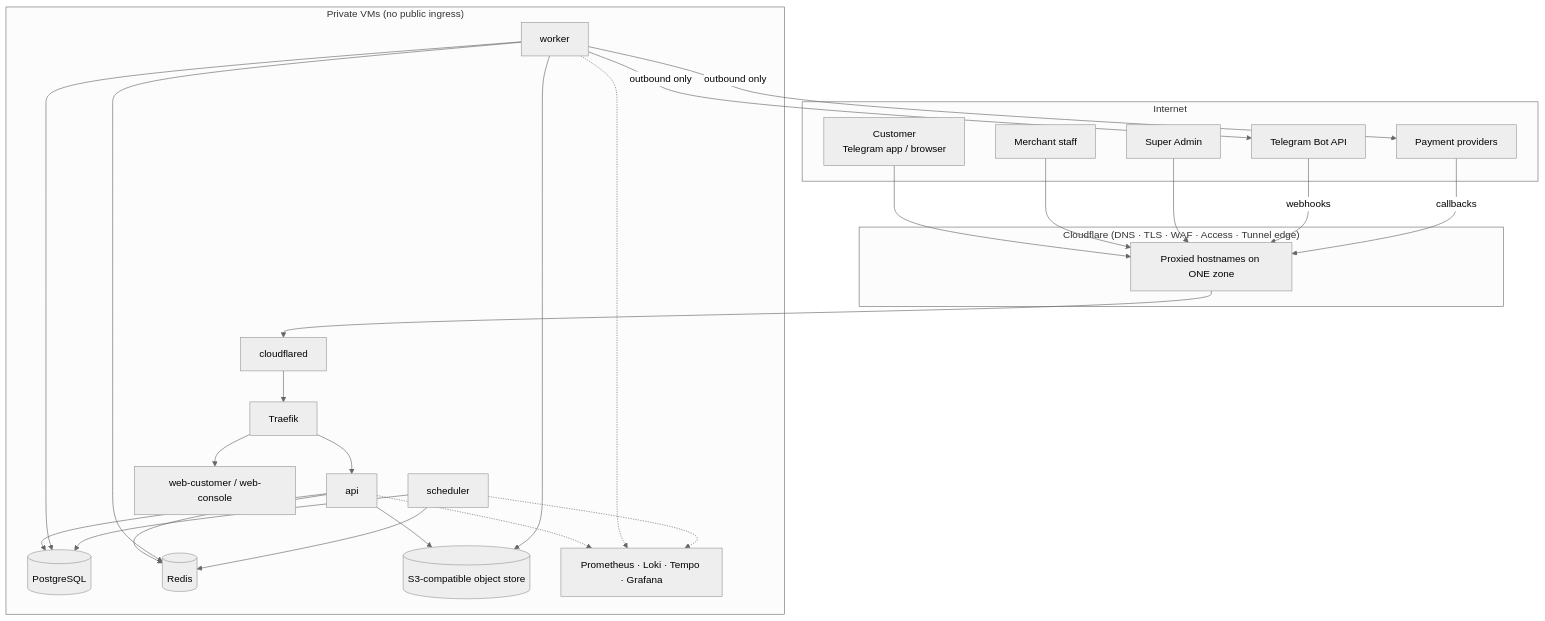
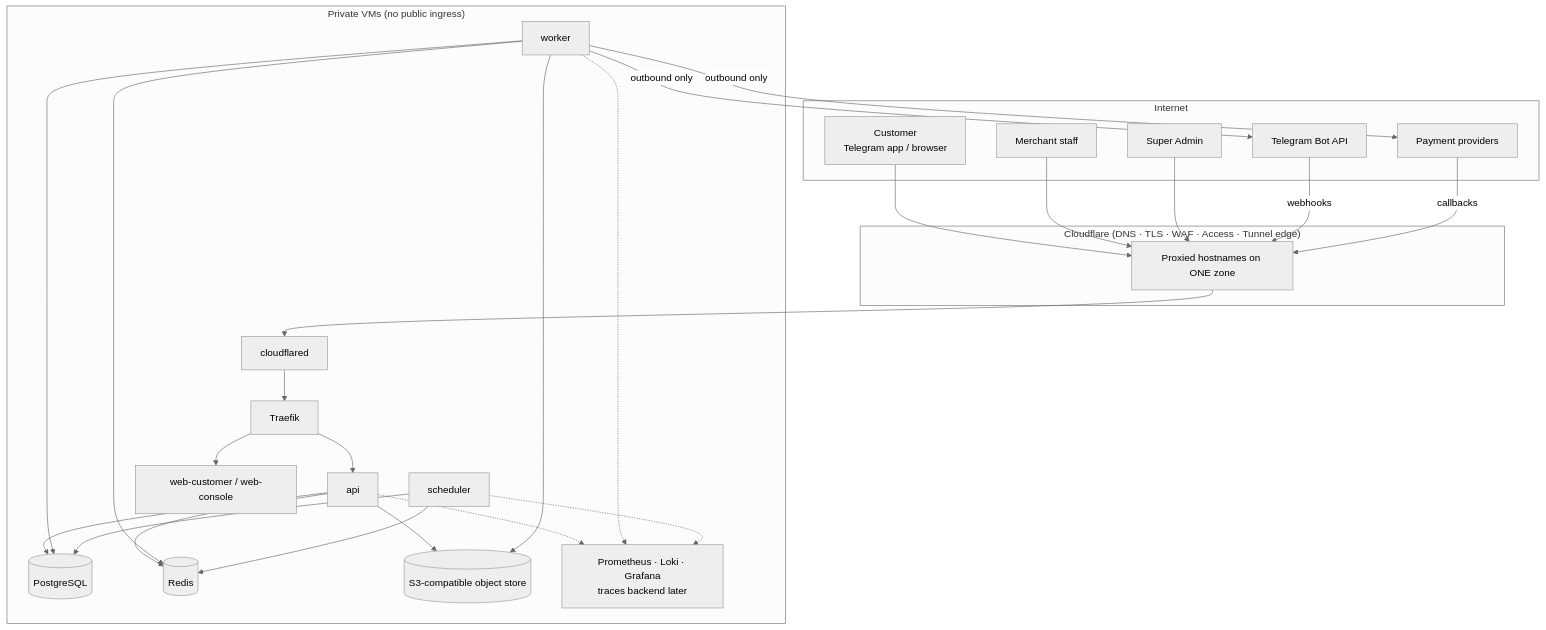
One commit to Nebiyu-Dejenie/arada changed the diagram in docs/01_ARCHITECTURE.md. Above: the diagram before and after it, drawn with Mermaid (neutral theme). The commit also changed other lines of this file and 19 other files, not shown here.

First line of the commit message:
docs(architecture): align the architecture package with the charter

````diff
--- a/docs/01_ARCHITECTURE.md
+++ b/docs/01_ARCHITECTURE.md
@@ -39,38 +59,38 @@
 ```mermaid
 flowchart TB
   subgraph Internet
     C[Customer<br/>Telegram app / browser]
     M[Merchant staff]
     SA[Super Admin]
     TG[Telegram Bot API]
     PP[Payment providers]
   end
   subgraph Cloudflare["Cloudflare (DNS · TLS · WAF · Access · Tunnel edge)"]
     CF[Proxied hostnames on ONE zone]
   end
   subgraph Private["Private VMs (no public ingress)"]
     CFD[cloudflared]
     TR[Traefik]
     API[api]
     WK[worker]
     SCH[scheduler]
     WEB[web-customer / web-console]
     PG[(PostgreSQL)]
     RD[(Redis)]
     OBJ[(S3-compatible object store)]
-    OBS[Prometheus · Loki · Tempo · Grafana]
+    OBS[Prometheus · Loki · Grafana<br/>traces backend later]
   end
   C --> CF
   M --> CF
   SA --> CF
   TG -- webhooks --> CF
   PP -- callbacks --> CF
   CF --> CFD --> TR
   TR --> API
   TR --> WEB
   API --> PG & RD & OBJ
   WK --> PG & RD & OBJ
   SCH --> PG & RD
   WK -- outbound only --> TG & PP
   API & WK & SCH -.-> OBS
 ```
````
